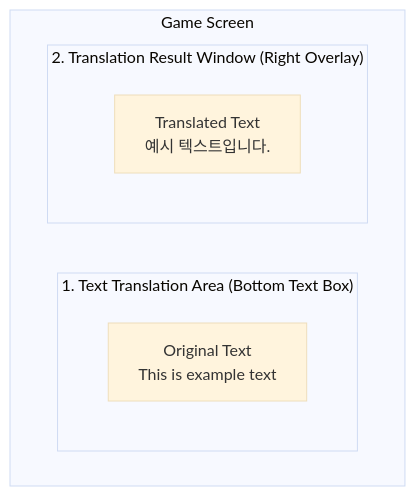
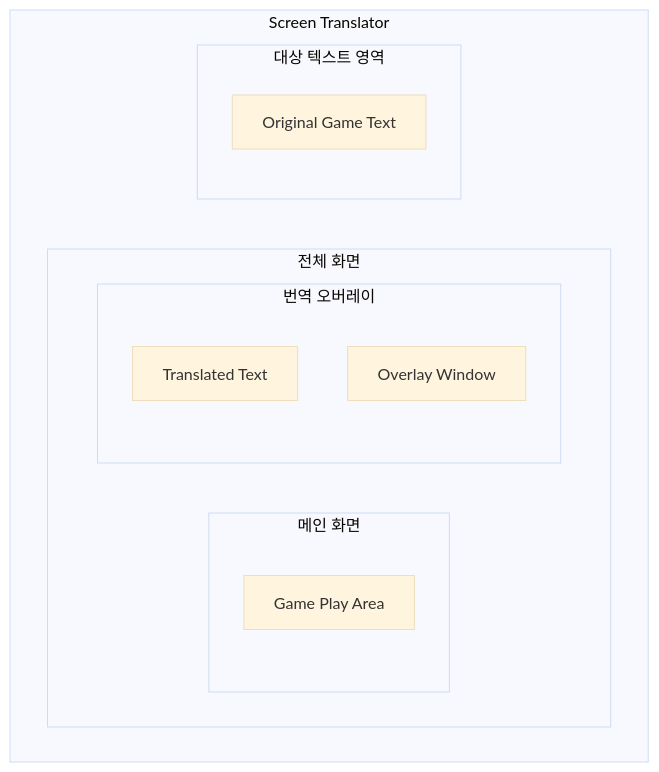
Before and after one commit to Pcs0204/ScreenTranslator: the second of 2 diagrams in Analysis.md, drawn with Mermaid (base theme).

````diff
--- a/Analysis.md
+++ b/Analysis.md
@@ -123,15 +123,26 @@
 ```mermaid
 flowchart TB
 
-    subgraph GameScreen["Game Screen"]
-    
-        subgraph StoryArea["1. Text Translation Area (Bottom Text Box)"]
-            T1["Original Text<br/>This is example text"]
+    subgraph Window["Screen Translator"]
+
+        subgraph MainArea["전체 화면"]
+
+            direction LR
+
+            subgraph Game["메인 화면"]
+                G1["Game Play Area"]
+            end
+
+            subgraph Overlay["번역 오버레이"]
+                O1["Translated Text"]
+                O2["Overlay Window"]
+            end
+
         end
 
-        subgraph OverlayArea["2. Translation Result Window (Right Overlay)"]
-            O1["Translated Text<br/>예시 텍스트입니다."]
+        subgraph BottomText["대상 텍스트 영역"]
+            T1["Original Game Text"]
         end
 
     end
 ```
````
